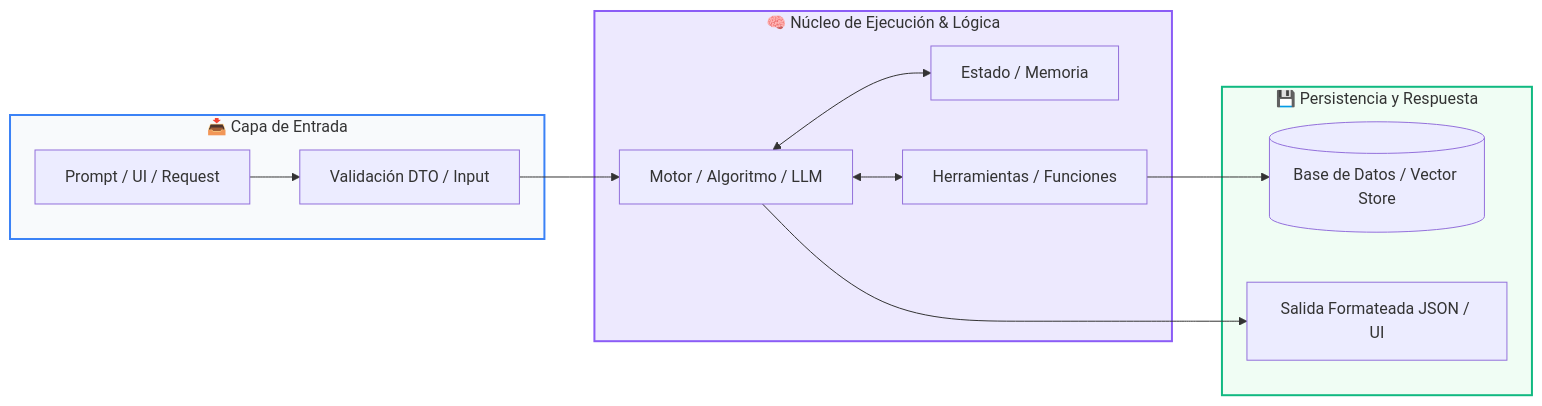
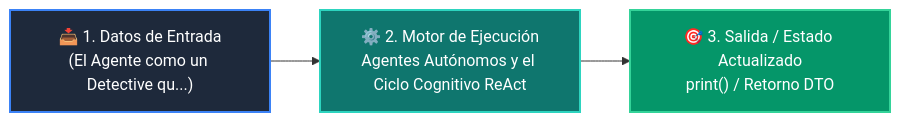
The diagram in docs/curso-03/clase-07.md (wisrovi/wisrovi-python), drawn with Mermaid before and after one commit. The commit also changed other lines of this file and 38 other files, not shown here.

Commit message:
docs(site): rebuild full MkDocs documentation site with updated canonical content, bespoke Mermaids, and Spiral Learning pedagogy

````diff
--- a/docs/curso-03/clase-07.md
+++ b/docs/curso-03/clase-07.md
@@ -65,29 +38,9 @@
 ```mermaid
 flowchart LR
-    subgraph Entrada["📥 Capa de Entrada"]
-        UI["Prompt / UI / Request"]
-        VAL["Validación DTO / Input"]
-    end
+    IN["📥 1. Datos de Entrada<br/>(El Agente como un Detective qu...)"] --> ENG["⚙️ 2. Motor de Ejecución<br/>Agentes Autónomos y el Ciclo Cognitivo ReAct"]
+    ENG --> OUT["🎯 3. Salida / Estado Actualizado<br/>print() / Retorno DTO"]
 
-    subgraph Core["🧠 Núcleo de Ejecución & Lógica"]
-        ENG["Motor / Algoritmo / LLM"]
-        MEM["Estado / Memoria"]
-        TOOL["Herramientas / Funciones"]
-    end
-
-    subgraph Salida["💾 Persistencia y Respuesta"]
-        DB[("Base de Datos / Vector Store")]
-        RES["Salida Formateada JSON / UI"]
-    end
-
-    UI --> VAL
-    VAL --> ENG
-    ENG <--> MEM
-    ENG <--> TOOL
-    TOOL --> DB
-    ENG --> RES
-
-    style Entrada fill:#f8fafc,stroke:#3b82f6,stroke-width:2px
-    style Core fill:#ede9fe,stroke:#8b5cf6,stroke-width:2px
-    style Salida fill:#f0fdf4,stroke:#10b981,stroke-width:2px
+    style IN fill:#1e293b,color:#ffffff,stroke:#3b82f6,stroke-width:2px
+    style ENG fill:#0f766e,color:#ffffff,stroke:#2dd4bf,stroke-width:2px
+    style OUT fill:#059669,color:#ffffff,stroke:#34d399,stroke-width:2px
 ```
````
